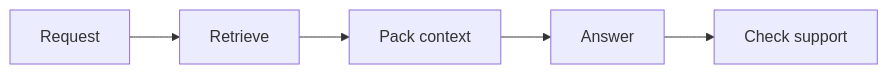
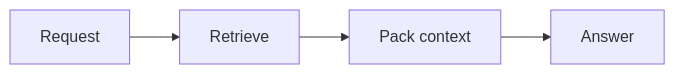
The first of 8 diagrams in skills/teach/references/mermaid.md (bradypp/project-teach), drawn with Mermaid before and after one commit. The commit also changed other lines of this file and 114 other files, not shown here.

````diff
--- a/skills/teach/references/mermaid.md
+++ b/skills/teach/references/mermaid.md
@@ -15,5 +14,5 @@
 ```mermaid
 flowchart LR
   Request["`Request`"] --> Retrieve["`Retrieve`"] --> Pack["`Pack context`"]
-  Pack --> Answer["`Answer`"] --> Check["`Check support`"]
+  Pack --> Answer["`Answer`"]
 ```
````
